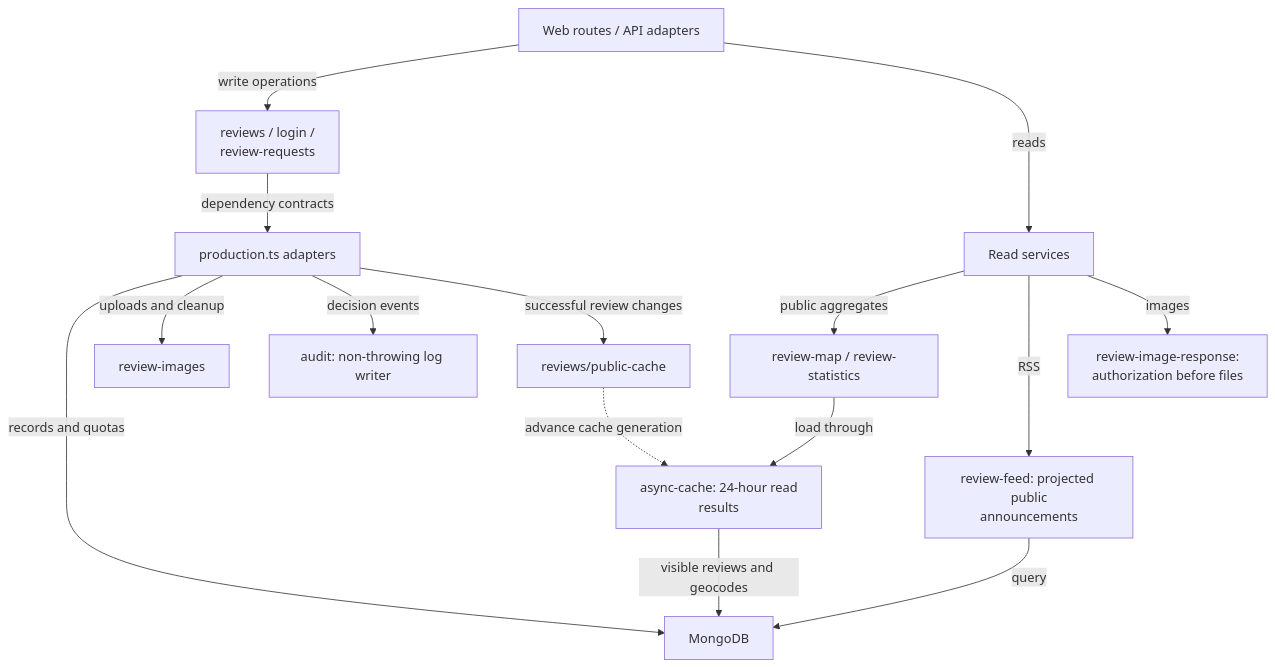
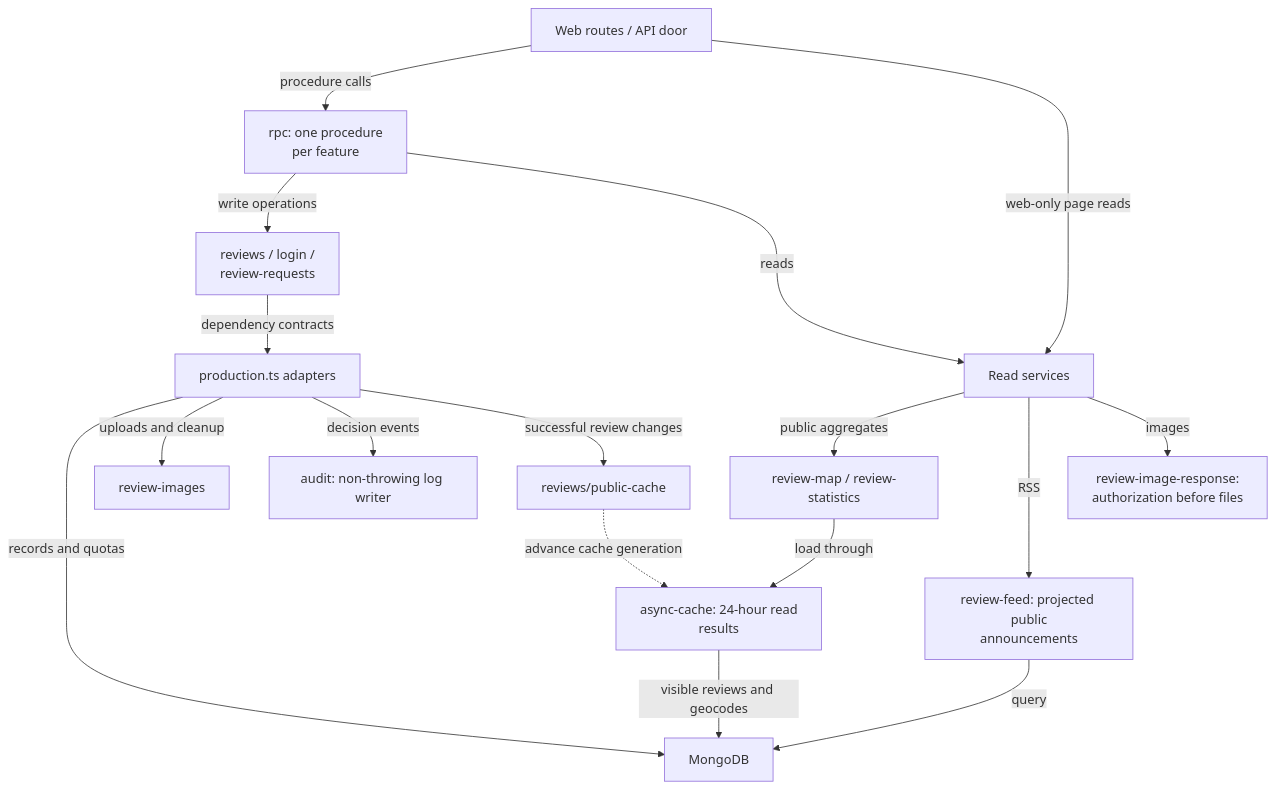
One commit to jonathan-lindqvist/enstorstarkreview changed the first of 2 diagrams in src/lib/server/README.md. Above: the diagram before and after it, drawn with Mermaid. The commit also changed other lines of this file and 17 other files, not shown here.

Commit message:
docs: describe the oRPC feature boundary and its two doors

````diff
--- a/src/lib/server/README.md
+++ b/src/lib/server/README.md
@@ -12,17 +14,19 @@
 ```mermaid
 flowchart TD
-    Routes["Web routes / API adapters"] -->|"write operations"| Workflows["reviews / login /<br/>review-requests"]
+    Routes["Web routes / API door"] -->|"procedure calls"| Rpc["rpc: one procedure<br/>per feature"]
+    Rpc -->|"write operations"| Workflows["reviews / login /<br/>review-requests"]
     Workflows -->|"dependency contracts"| Production["production.ts adapters"]
     Production -->|"records and quotas"| Mongo["MongoDB"]
     Production -->|"uploads and cleanup"| Images["review-images"]
     Production -->|"decision events"| Audit["audit: non-throwing log writer"]
     Production -->|"successful review changes"| Invalidate["reviews/public-cache"]
-    Routes -->|"reads"| Reads["Read services"]
+    Rpc -->|"reads"| Reads["Read services"]
+    Routes -->|"web-only page reads"| Reads
     Reads -->|"public aggregates"| Cached["review-map / review-statistics"]
     Cached -->|"load through"| Cache["async-cache: 24-hour read<br/>results"]
     Cache -->|"visible reviews and geocodes"| Mongo
     Invalidate -.->|"advance cache generation"| Cache
     Reads -->|"RSS"| Feed["review-feed: projected public<br/>announcements"]
     Feed -->|"query"| Mongo
     Reads -->|"images"| ImageRead["review-image-response:<br/>authorization before files"]
 ```
````
